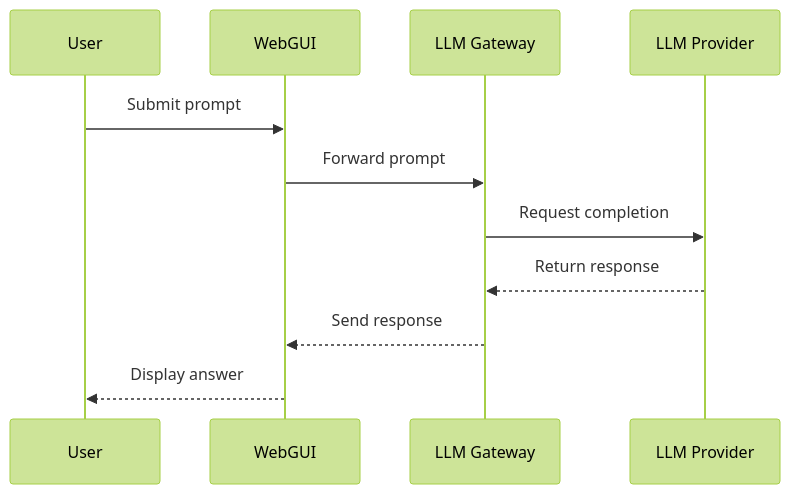
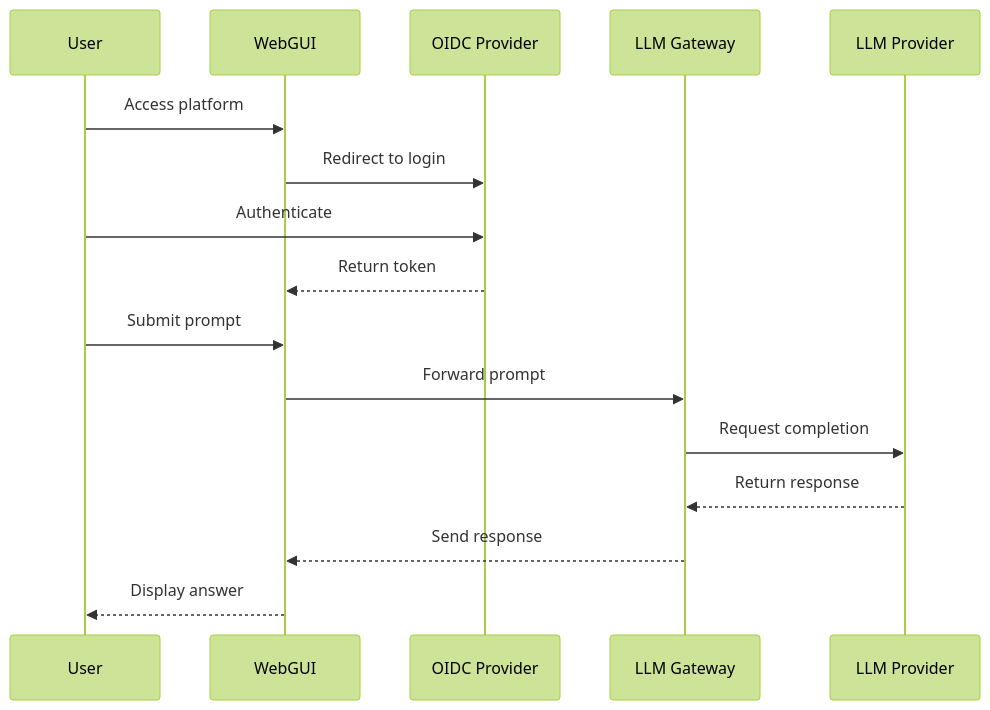
Before and after one commit to Albe83/ai-platform: the diagram in docs/diagrams/interaction.mmd, drawn with Mermaid (forest theme). The commit also changed 3 other files, not shown here.

Commit message:
Document OIDC identity provider

```diff
--- a/docs/diagrams/interaction.mmd
+++ b/docs/diagrams/interaction.mmd
@@ -1,11 +1,16 @@
 sequenceDiagram
     participant U as User
     participant W as WebGUI
+    participant I as OIDC Provider
     participant G as LLM Gateway
     participant P as LLM Provider
+    U->>W: Access platform
+    W->>I: Redirect to login
+    U->>I: Authenticate
+    I-->>W: Return token
     U->>W: Submit prompt
     W->>G: Forward prompt
     G->>P: Request completion
     P-->>G: Return response
     G-->>W: Send response
     W-->>U: Display answer
```
